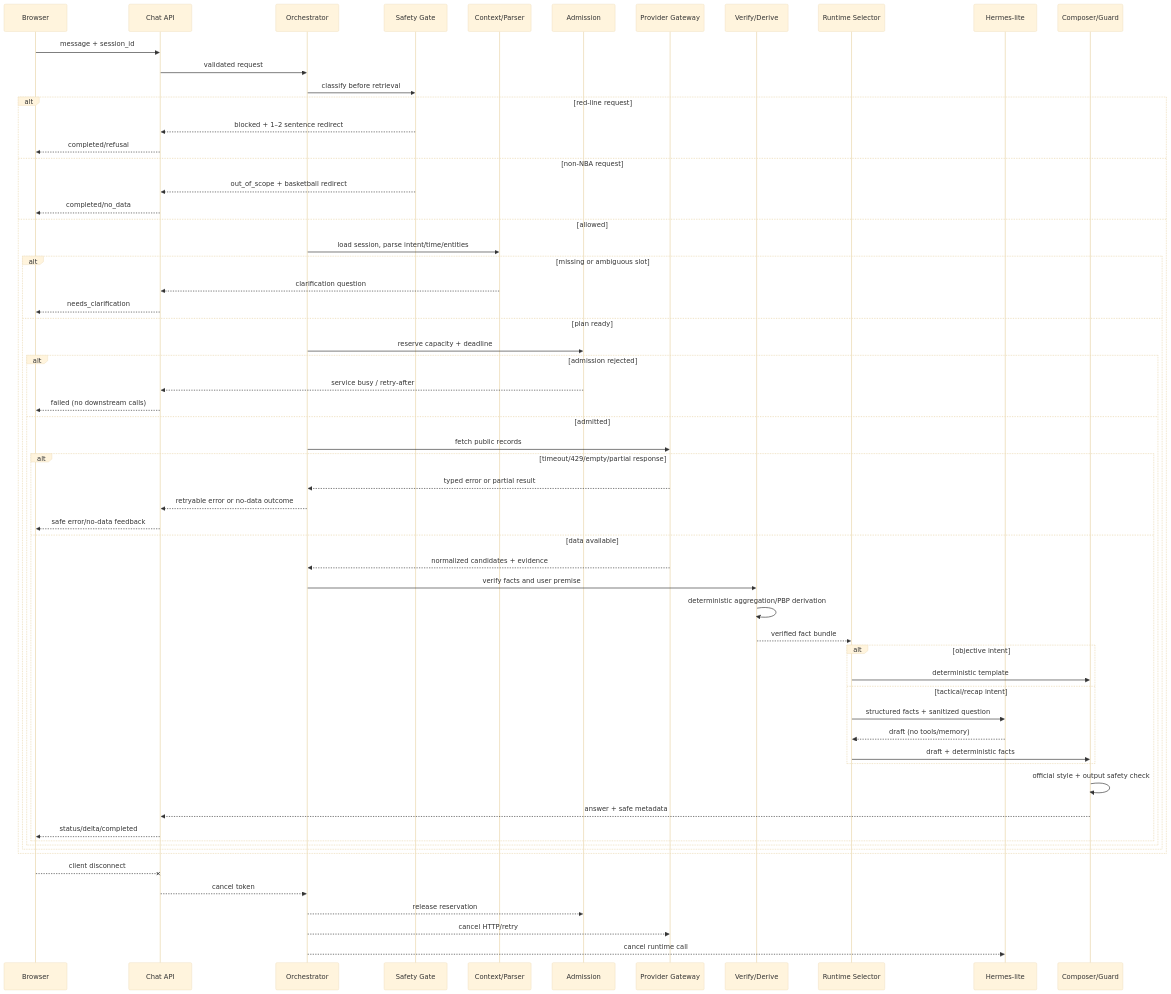
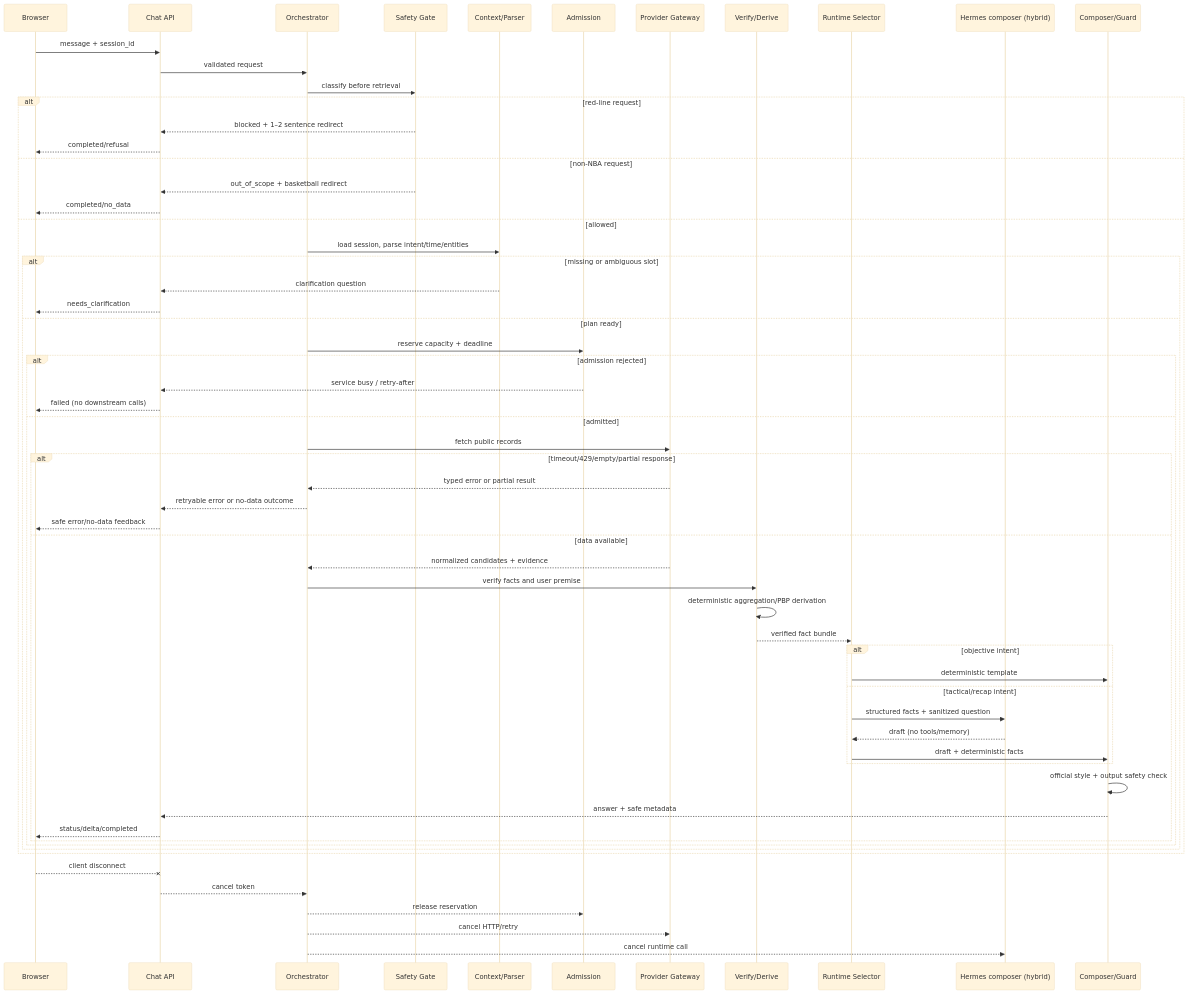
The fourth of 5 diagrams in specs/001-nba-chat-agent/hld.md (vchive/NBAAgent), drawn with Mermaid (base theme) before and after one commit. The commit also changed other lines of this file and 43 other files, not shown here.

````diff
--- a/specs/001-nba-chat-agent/hld.md
+++ b/specs/001-nba-chat-agent/hld.md
@@ -225,64 +239,64 @@
 ```mermaid
 sequenceDiagram
     participant B as Browser
     participant API as Chat API
     participant O as Orchestrator
     participant SG as Safety Gate
     participant CP as Context/Parser
     participant AD as Admission
     participant PG as Provider Gateway
     participant FV as Verify/Derive
     participant RS as Runtime Selector
-    participant HC as Hermes-lite
+    participant HC as Hermes composer (hybrid)
     participant AC as Composer/Guard
 
     B->>API: message + session_id
     API->>O: validated request
     O->>SG: classify before retrieval
     alt red-line request
         SG-->>API: blocked + 1–2 sentence redirect
         API-->>B: completed/refusal
     else non-NBA request
         SG-->>API: out_of_scope + basketball redirect
         API-->>B: completed/no_data
     else allowed
         O->>CP: load session, parse intent/time/entities
         alt missing or ambiguous slot
             CP-->>API: clarification question
             API-->>B: needs_clarification
         else plan ready
             O->>AD: reserve capacity + deadline
             alt admission rejected
                 AD-->>API: service busy / retry-after
                 API-->>B: failed (no downstream calls)
             else admitted
                 O->>PG: fetch public records
             alt timeout/429/empty/partial response
                 PG-->>O: typed error or partial result
                 O-->>API: retryable error or no-data outcome
                 API-->>B: safe error/no-data feedback
             else data available
                 PG-->>O: normalized candidates + evidence
                 O->>FV: verify facts and user premise
                 FV->>FV: deterministic aggregation/PBP derivation
                 FV-->>RS: verified fact bundle
                 alt objective intent
                     RS->>AC: deterministic template
                 else tactical/recap intent
                     RS->>HC: structured facts + sanitized question
                     HC-->>RS: draft (no tools/memory)
                     RS->>AC: draft + deterministic facts
                 end
                 AC->>AC: official style + output safety check
                 AC-->>API: answer + safe metadata
                 API-->>B: status/delta/completed
             end
             end
         end
     end
     B--xAPI: client disconnect
     API-->>O: cancel token
     O-->>AD: release reservation
     O-->>PG: cancel HTTP/retry
     O-->>HC: cancel runtime call
 ```
````
